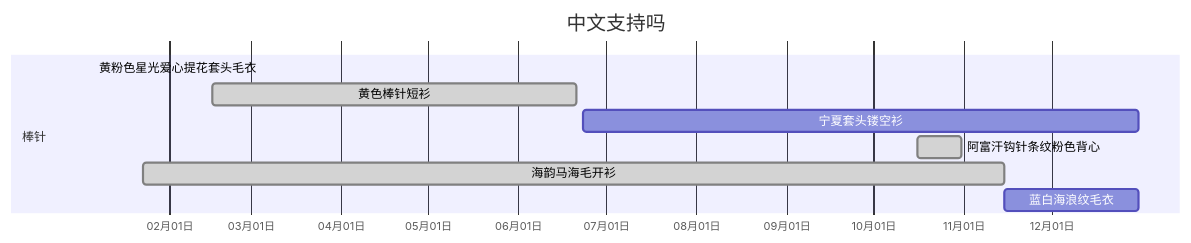
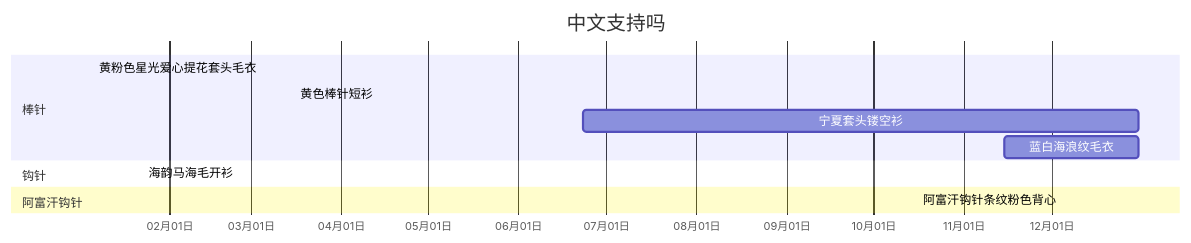
One commit to JiYouMCC/JiYouMCC.github.io changed the diagram in _drafts/2022-1.md. Above: the diagram before and after it, drawn with Mermaid.

````diff
--- a/_drafts/2022-1.md
+++ b/_drafts/2022-1.md
@@ -1,13 +1,19 @@
 ```mermaid
 gantt
-title 中文支持吗
-dateFormat MM/DD
-axisFormat %m月%d日
-section 棒针
-    黄粉色星光爱心提花套头毛衣   :done,a1,2022-01-06, 2022-05-08
-    黄色棒针短衫                :done,a2,2022-02-16, 125d
-    宁夏套头镂空衫              :a3,2022-06-23,191d
-    阿富汗钩针条纹粉色背心       :done,a4,2022-10-16, 15d
-    海韵马海毛开衫              :done,a5,2022-01-23, 296d
-    蓝白海浪纹毛衣              :a6,2022-11-15, 46d 
+    title 中文支持吗
+    axisFormat %m月%d日
+    todayMarker off
+    click a1 href "/"
+    
+    section 棒针
+    黄粉色星光爱心提花套头毛衣   :done,   a1,2022-01-06, 2022-05-08
+    黄色棒针短衫                :done,   2022-03-16, 2022-06-21
+    宁夏套头镂空衫              :active  2022-06-23,191d
+    蓝白海浪纹毛衣              :active  2022-11-15, 46d 
+    
+    section 钩针
+    海韵马海毛开衫              :done,  a5,2022-01-23, 2022-11-15 
+    
+    section 阿富汗钩针
+    阿富汗钩针条纹粉色背心       :done,  2022-10-16, 2022-10-30    
 ```
````
